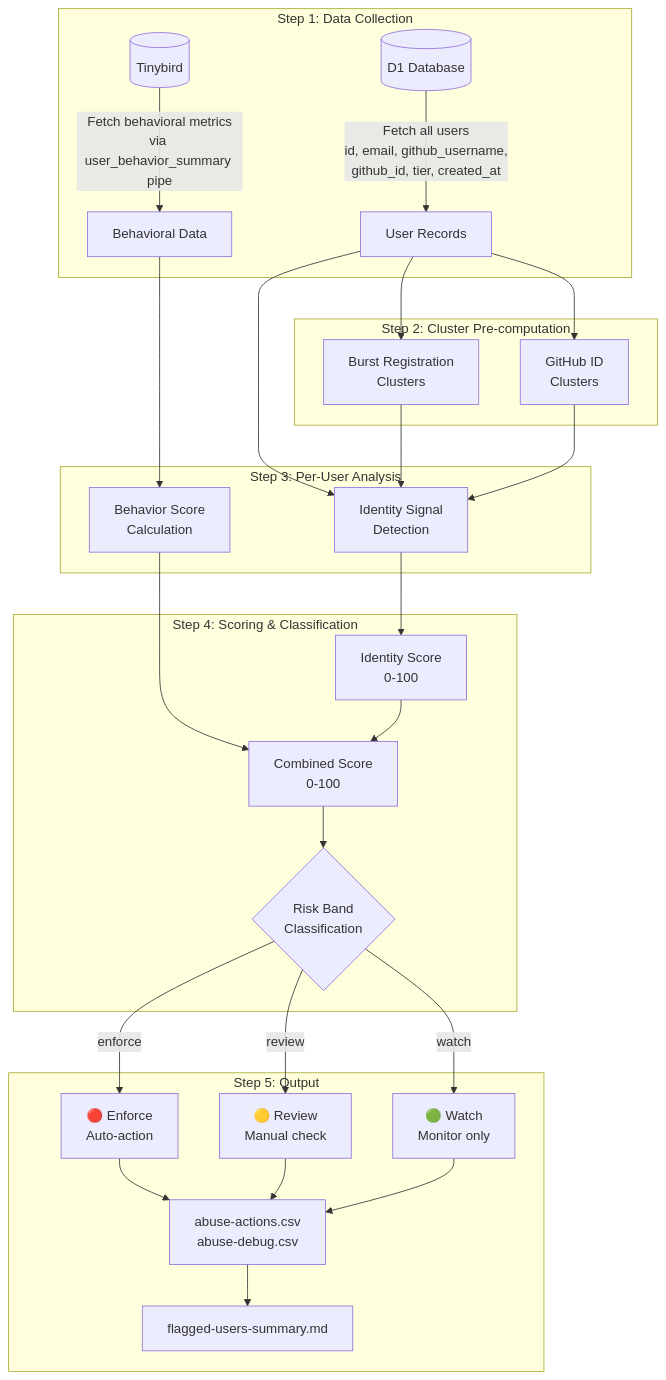
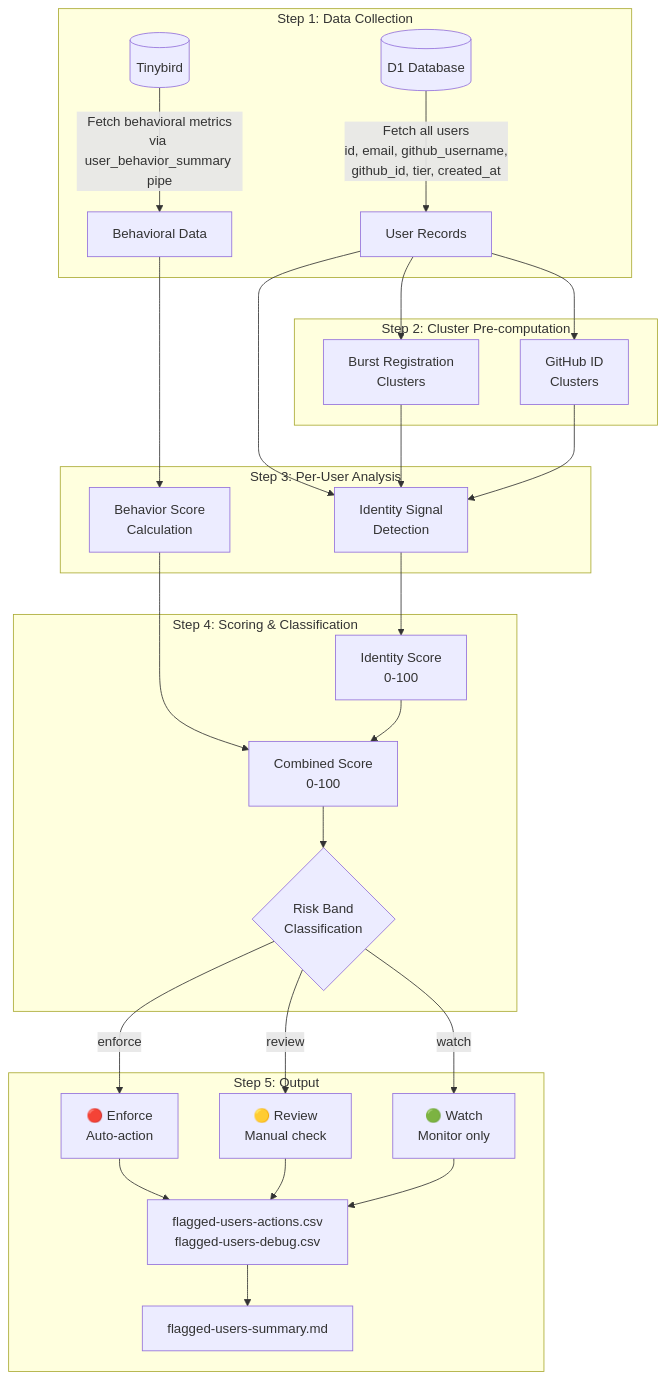
The first of 9 diagrams in enter.pollinations.ai/scripts/abuse-detection/README.md (pollinations/pollinations), drawn with Mermaid before and after one commit. The commit also changed other lines of this file, not shown here.

````diff
--- a/enter.pollinations.ai/scripts/abuse-detection/README.md
+++ b/enter.pollinations.ai/scripts/abuse-detection/README.md
@@ -27,36 +27,36 @@
 ```mermaid
 flowchart TB
     subgraph "Step 1: Data Collection"
         D1[(D1 Database)] --> |"Fetch all users<br/>id, email, github_username,<br/>github_id, tier, created_at"| USERS[User Records]
         TB[(Tinybird)] --> |"Fetch behavioral metrics<br/>via user_behavior_summary pipe"| BEHAVIOR[Behavioral Data]
     end
     
     subgraph "Step 2: Cluster Pre-computation"
         USERS --> BURST[Burst Registration<br/>Clusters]
         USERS --> GHID[GitHub ID<br/>Clusters]
     end
     
     subgraph "Step 3: Per-User Analysis"
         USERS --> SIGNALS[Identity Signal<br/>Detection]
         BEHAVIOR --> BSCORE[Behavior Score<br/>Calculation]
         BURST --> SIGNALS
         GHID --> SIGNALS
     end
     
     subgraph "Step 4: Scoring & Classification"
         SIGNALS --> ISCORE[Identity Score<br/>0-100]
         BSCORE --> COMBINED[Combined Score<br/>0-100]
         ISCORE --> COMBINED
         COMBINED --> RISKBAND{Risk Band<br/>Classification}
     end
     
     subgraph "Step 5: Output"
         RISKBAND --> |enforce| ENFORCE[🔴 Enforce<br/>Auto-action]
         RISKBAND --> |review| REVIEW[🟡 Review<br/>Manual check]
         RISKBAND --> |watch| WATCH[🟢 Watch<br/>Monitor only]
-        ENFORCE --> CSV[abuse-actions.csv<br/>abuse-debug.csv]
+        ENFORCE --> CSV[flagged-users-actions.csv<br/>flagged-users-debug.csv]
         REVIEW --> CSV
         WATCH --> CSV
         CSV --> SUMMARY[flagged-users-summary.md]
     end
 ```
````
